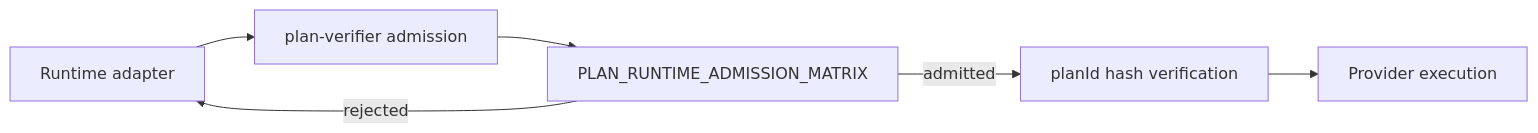
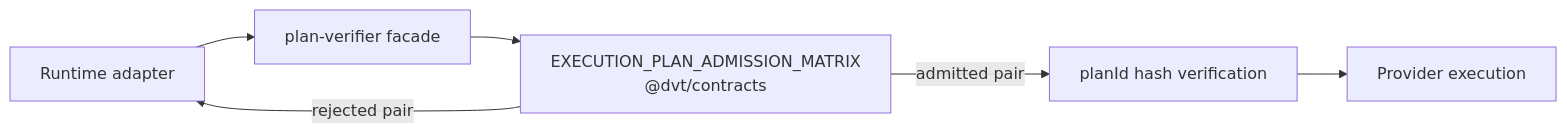
Before and after one commit to dunay2/dvt: the second of 3 diagrams in docs/architecture/components/engine/contracts/plan-verifier-admission.md, drawn with Mermaid. The commit also changed other lines of this file and 11 other files, not shown here.

Commit message:
feat(contracts): Unify plan verifier admission matrix

````diff
--- a/docs/architecture/components/engine/contracts/plan-verifier-admission.md
+++ b/docs/architecture/components/engine/contracts/plan-verifier-admission.md
@@ -80,14 +85,14 @@
 ```mermaid
 flowchart LR
   Adapter["Runtime adapter"]
-  Verifier["plan-verifier admission"]
-  Matrix["PLAN_RUNTIME_ADMISSION_MATRIX"]
+  Verifier["plan-verifier facade"]
+  Matrix["EXECUTION_PLAN_ADMISSION_MATRIX\n@dvt/contracts"]
   Hash["planId hash verification"]
   Provider["Provider execution"]
 
   Adapter --> Verifier
   Verifier --> Matrix
-  Matrix -->|admitted| Hash
-  Matrix -->|rejected| Adapter
+  Matrix -->|admitted pair| Hash
+  Matrix -->|rejected pair| Adapter
   Hash --> Provider
 ```
````
